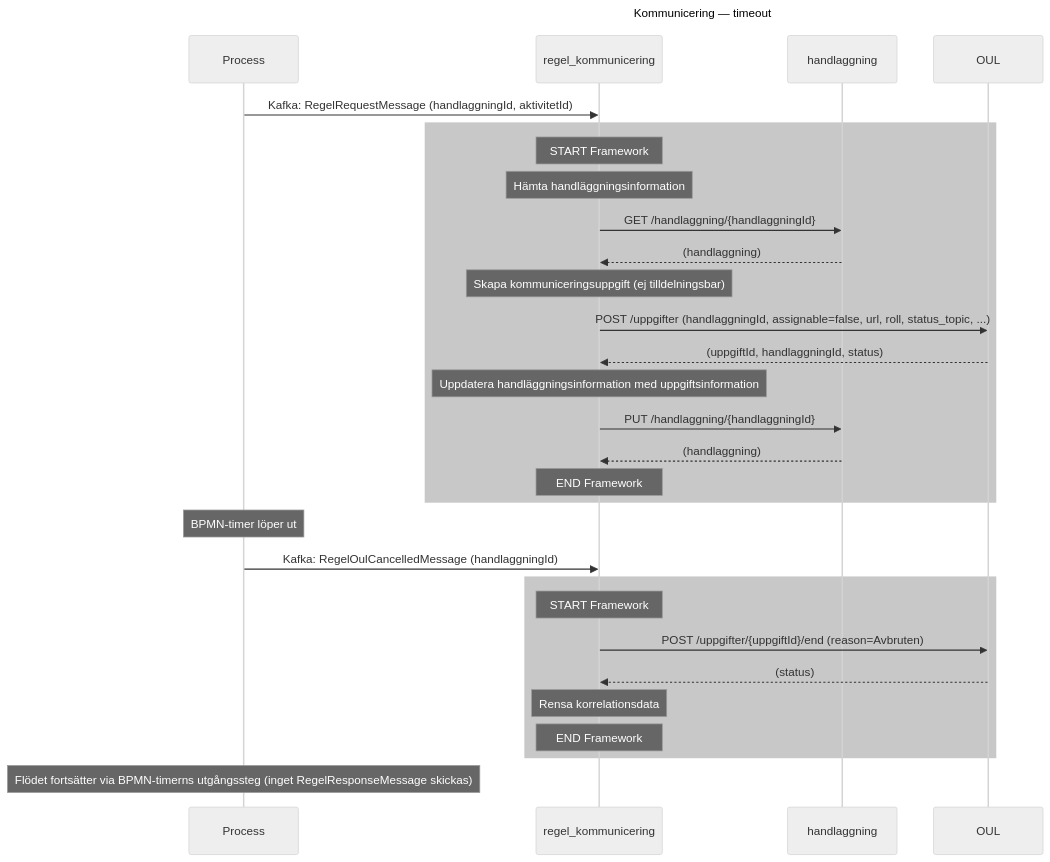
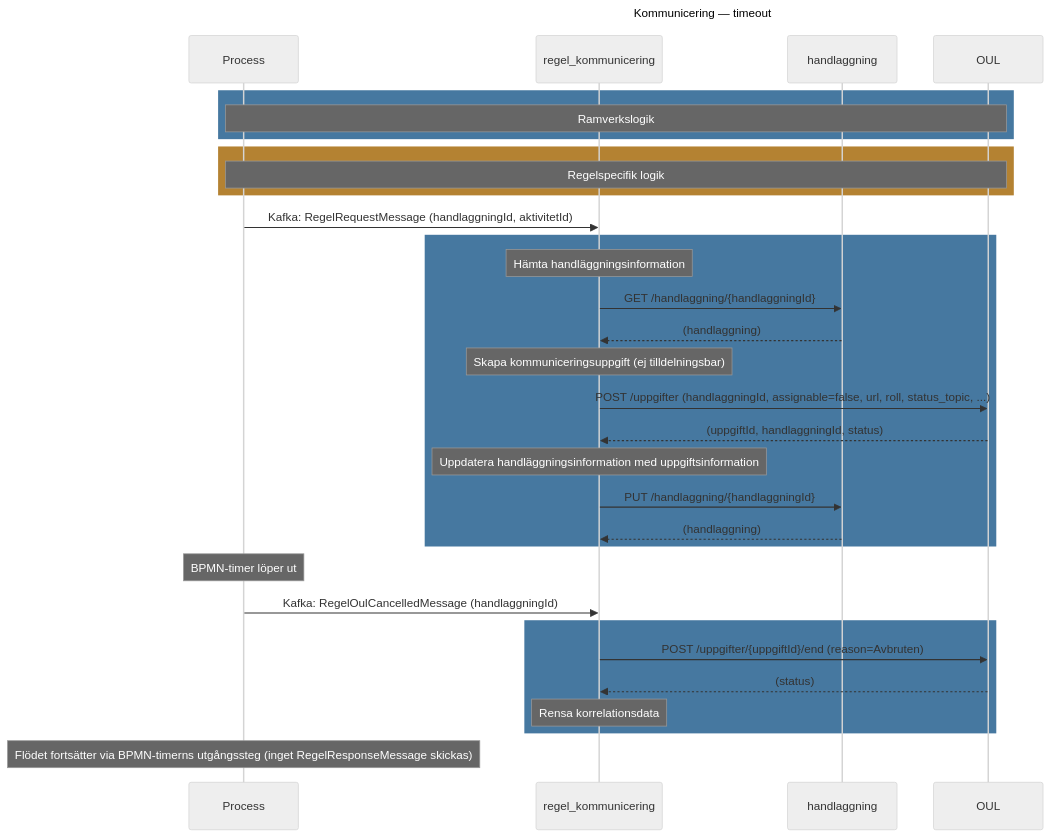
Before and after one commit to Forsakringskassan/rimfrost: the diagram in sequences/kommunicering/kommunicering_timeout.mmd, drawn with Mermaid (neutral theme). The commit also changed 5 other files, not shown here.

Commit message:
fix: replace START/END noteovers with color-coded rects across all sequences

```diff
--- a/sequences/kommunicering/kommunicering_timeout.mmd
+++ b/sequences/kommunicering/kommunicering_timeout.mmd
@@ -1,47 +1,43 @@
 sequenceDiagram
     title Kommunicering — timeout
 
     participant Process
     participant regel_kommunicering
     participant handlaggning
     participant OUL
 
+rect rgb(70, 120, 160)
+    note over Process,OUL: Ramverkslogik
+end
+rect rgb(180, 130, 50)
+    note over Process,OUL: Regelspecifik logik
+end
+
     Process ->> regel_kommunicering: Kafka: RegelRequestMessage (handlaggningId, aktivitetId)
 
-rect rgb(200, 200, 200)
-
-    note over regel_kommunicering: START Framework
-
+rect rgb(70, 120, 160)
     note over regel_kommunicering: Hämta handläggningsinformation
     regel_kommunicering ->> handlaggning: GET /handlaggning/{handlaggningId}
     handlaggning -->> regel_kommunicering: (handlaggning)
 
     note over regel_kommunicering: Skapa kommuniceringsuppgift (ej tilldelningsbar)
     regel_kommunicering ->> OUL: POST /uppgifter (handlaggningId, assignable=false, url, roll, status_topic, ...)
     OUL -->> regel_kommunicering: (uppgiftId, handlaggningId, status)
 
     note over regel_kommunicering: Uppdatera handläggningsinformation med uppgiftsinformation
     regel_kommunicering ->> handlaggning: PUT /handlaggning/{handlaggningId}
     handlaggning -->> regel_kommunicering: (handlaggning)
-
-    note over regel_kommunicering: END Framework
-
 end
 
     note over Process: BPMN-timer löper ut
 
     Process ->> regel_kommunicering: Kafka: RegelOulCancelledMessage (handlaggningId)
 
-rect rgb(200, 200, 200)
-
-    note over regel_kommunicering: START Framework
-
+rect rgb(70, 120, 160)
     regel_kommunicering ->> OUL: POST /uppgifter/{uppgiftId}/end (reason=Avbruten)
     OUL -->> regel_kommunicering: (status)
 
     note over regel_kommunicering: Rensa korrelationsdata
-    note over regel_kommunicering: END Framework
-
 end
 
     note over Process: Flödet fortsätter via BPMN-timerns utgångssteg (inget RegelResponseMessage skickas)
```
